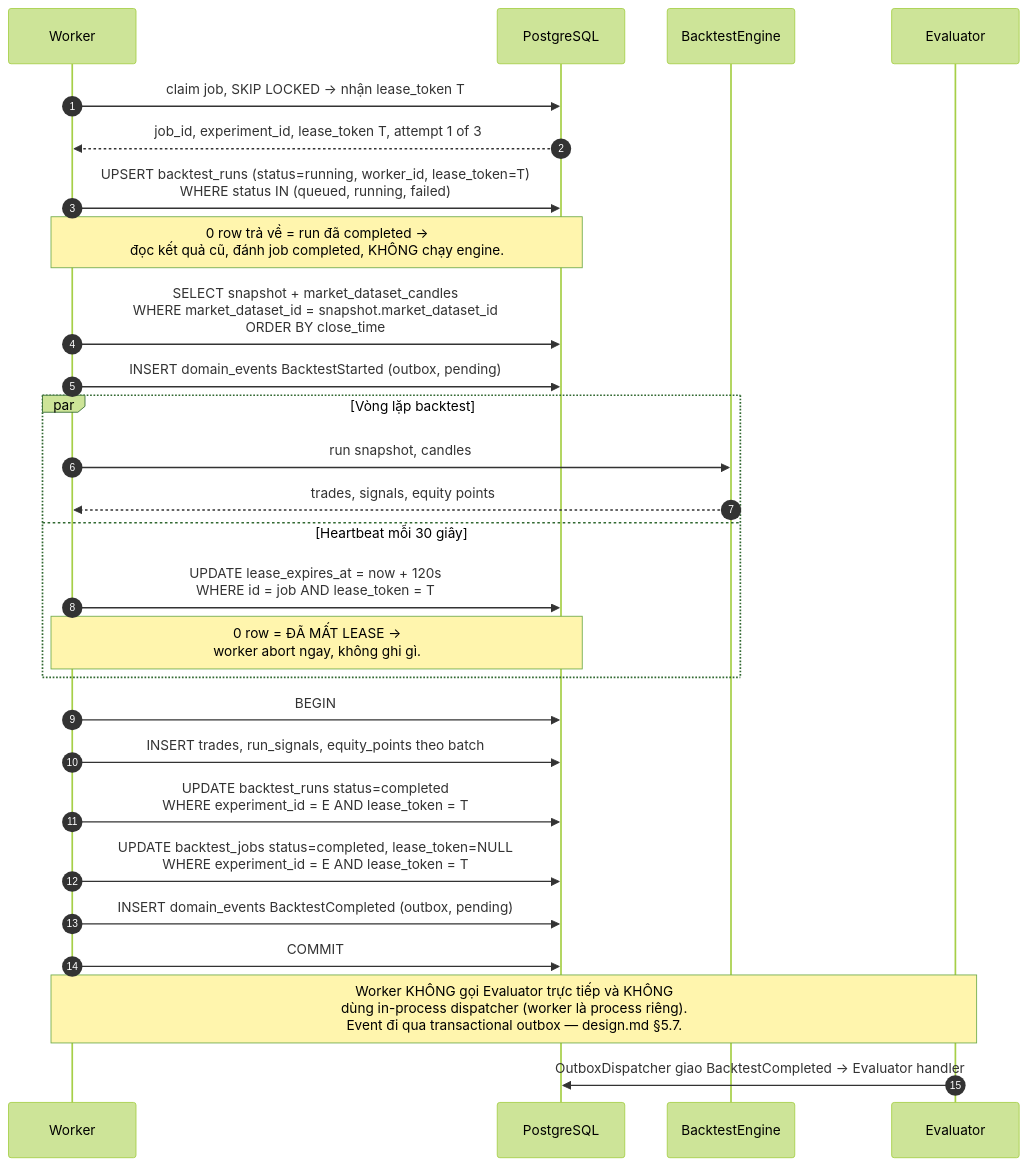
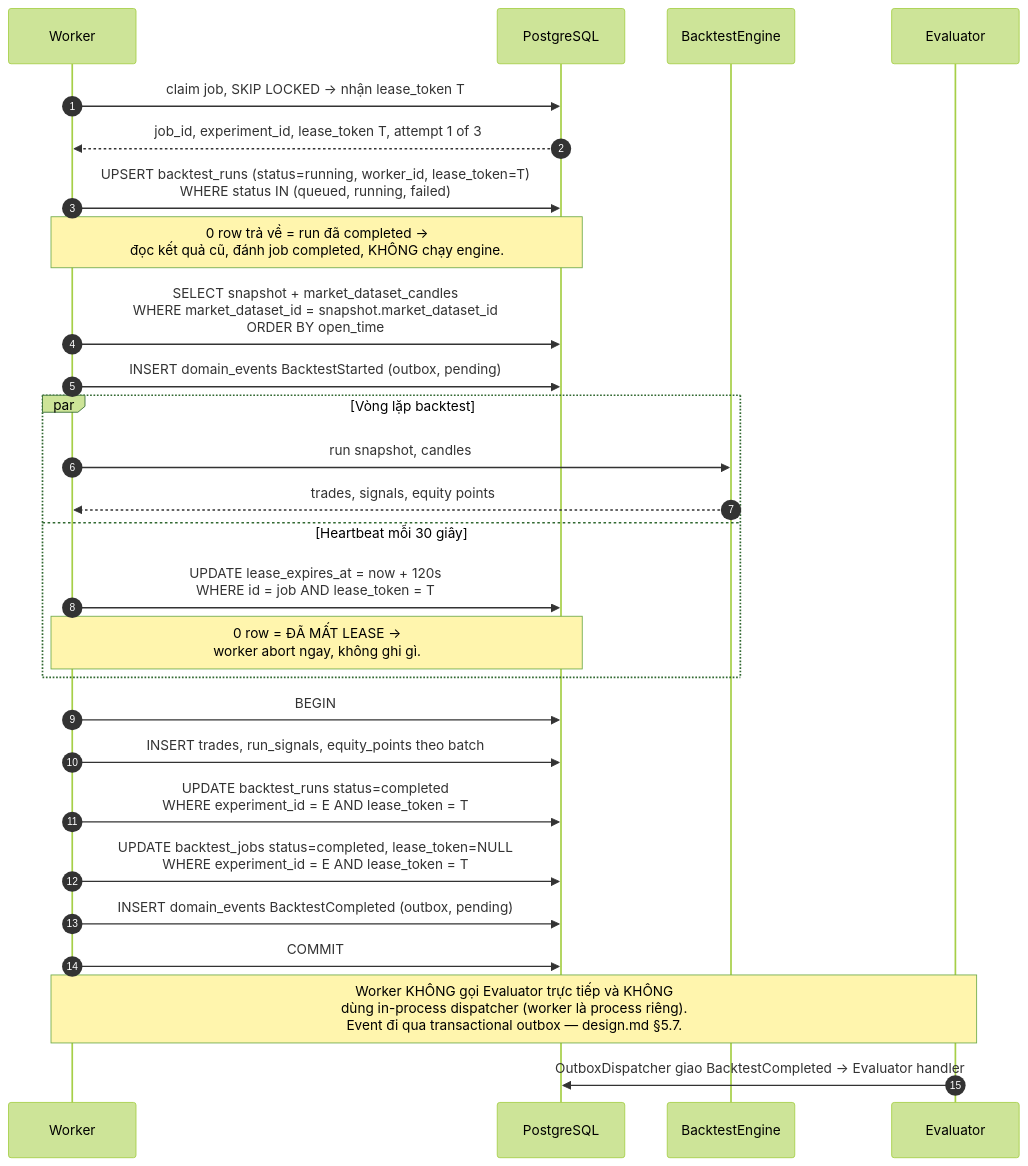
Before and after one commit to EnsoTech-Studio/CryptoBot: the second of 4 diagrams in blueprint/specs/experiment.md, drawn with Mermaid (forest theme). The commit also changed other lines of this file and 69 other files, not shown here.

First line of the commit message:
docs(blueprint): reconcile Go architecture

````diff
--- a/blueprint/specs/experiment.md
+++ b/blueprint/specs/experiment.md
@@ -217,30 +224,30 @@
 ```mermaid
 sequenceDiagram
     autonumber
     participant W as Worker
     participant DB as PostgreSQL
     participant ENG as BacktestEngine
     participant EVA as Evaluator
 
     W->>DB: claim job, SKIP LOCKED → nhận lease_token T
     DB-->>W: job_id, experiment_id, lease_token T, attempt 1 of 3
     W->>DB: UPSERT backtest_runs (status=running, worker_id, lease_token=T)<br/>WHERE status IN (queued, running, failed)
     Note over W,DB: 0 row trả về = run đã completed →<br/>đọc kết quả cũ, đánh job completed, KHÔNG chạy engine.
-    W->>DB: SELECT snapshot + market_dataset_candles<br/>WHERE market_dataset_id = snapshot.market_dataset_id<br/>ORDER BY close_time
+    W->>DB: SELECT snapshot + market_dataset_candles<br/>WHERE market_dataset_id = snapshot.market_dataset_id<br/>ORDER BY open_time
     W->>DB: INSERT domain_events BacktestStarted (outbox, pending)
     par Vòng lặp backtest
         W->>ENG: run snapshot, candles
         ENG-->>W: trades, signals, equity points
     and Heartbeat mỗi 30 giây
         W->>DB: UPDATE lease_expires_at = now + 120s<br/>WHERE id = job AND lease_token = T
         Note over W,DB: 0 row = ĐÃ MẤT LEASE →<br/>worker abort ngay, không ghi gì.
     end
     W->>DB: BEGIN
     W->>DB: INSERT trades, run_signals, equity_points theo batch
     W->>DB: UPDATE backtest_runs status=completed<br/>WHERE experiment_id = E AND lease_token = T
     W->>DB: UPDATE backtest_jobs status=completed, lease_token=NULL<br/>WHERE experiment_id = E AND lease_token = T
     W->>DB: INSERT domain_events BacktestCompleted (outbox, pending)
     W->>DB: COMMIT
     Note over W,EVA: Worker KHÔNG gọi Evaluator trực tiếp và KHÔNG<br/>dùng in-process dispatcher (worker là process riêng).<br/>Event đi qua transactional outbox — design.md §5.7.
     EVA->>DB: OutboxDispatcher giao BacktestCompleted → Evaluator handler
 ```
````
